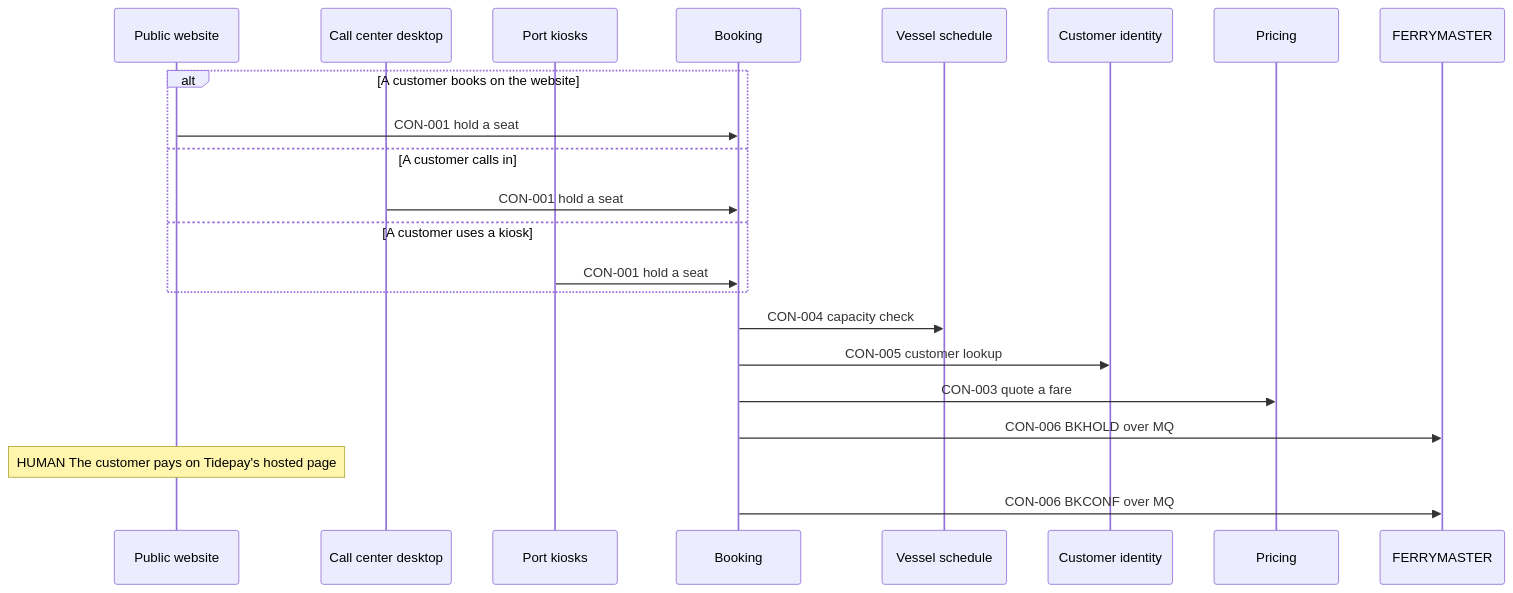
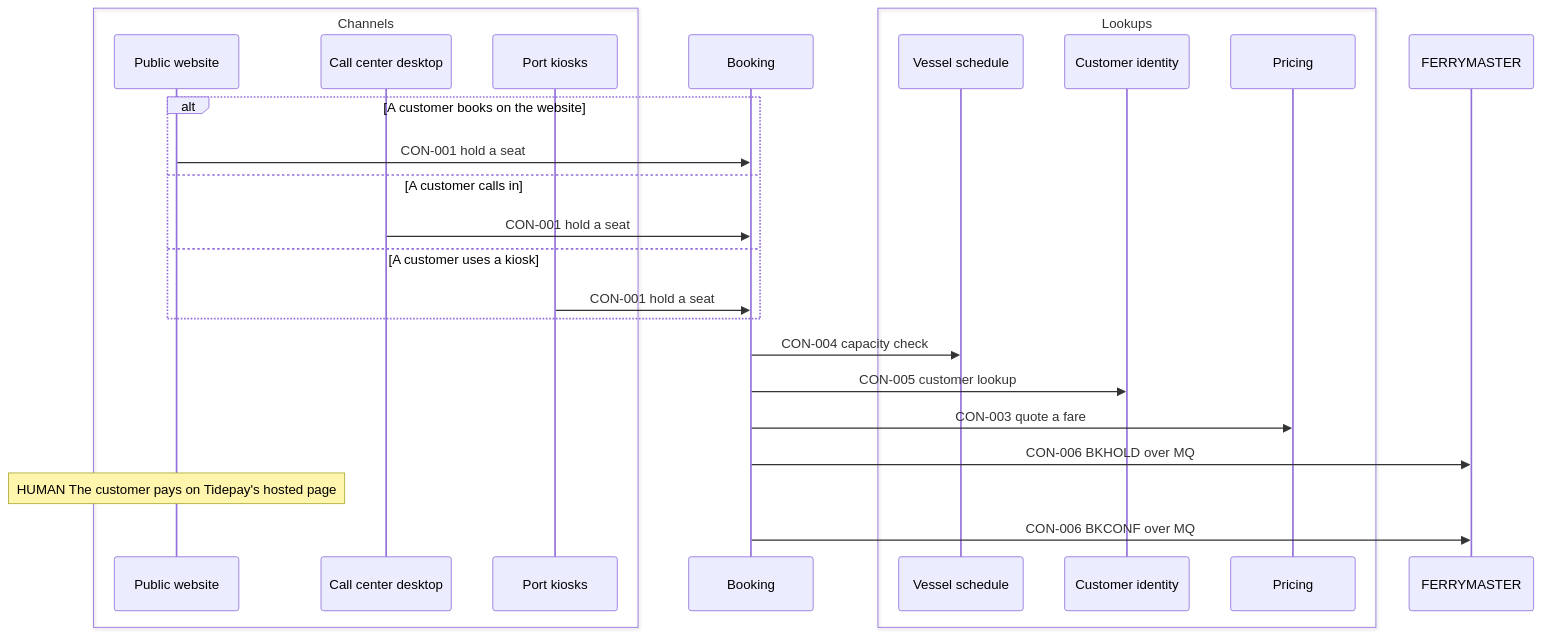
One commit to smalls257/vela changed the diagram in examples/unified-booking/06-runtime/flows/FLO-001-hold-pay-confirm.md. Above: the diagram before and after it, drawn with Mermaid. The commit also changed other lines of this file and 19 other files, not shown here.

First line of the commit message:
Flows: lane groups. A flow page's box blocks open grouped; the reader can group, rename, ungroup; internal traffic keeps its step numbers

````diff
--- a/examples/unified-booking/06-runtime/flows/FLO-001-hold-pay-confirm.md
+++ b/examples/unified-booking/06-runtime/flows/FLO-001-hold-pay-confirm.md
@@ -30,24 +32,28 @@
 ```mermaid
 sequenceDiagram
-    participant W as Public website
-    participant D as Call center desktop
-    participant K as Port kiosks
+    box Channels
+        participant W as Public website
+        participant D as Call center desktop
+        participant K as Port kiosks
+    end
     participant B as Booking
-    participant VS as Vessel schedule
-    participant CI as Customer identity
-    participant P as Pricing
+    box Lookups
+        participant VS as Vessel schedule
+        participant CI as Customer identity
+        participant P as Pricing
+    end
     participant FM as FERRYMASTER
     alt A customer books on the website
         W->>B: CON-001 hold a seat
     else A customer calls in
         D->>B: CON-001 hold a seat
     else A customer uses a kiosk
         K->>B: CON-001 hold a seat
     end
     B->>VS: CON-004 capacity check
     B->>CI: CON-005 customer lookup
     B->>P: CON-003 quote a fare
     B->>FM: CON-006 BKHOLD over MQ
     Note over W: HUMAN The customer pays on Tidepay's hosted page
     B->>FM: CON-006 BKCONF over MQ
 ```
````
